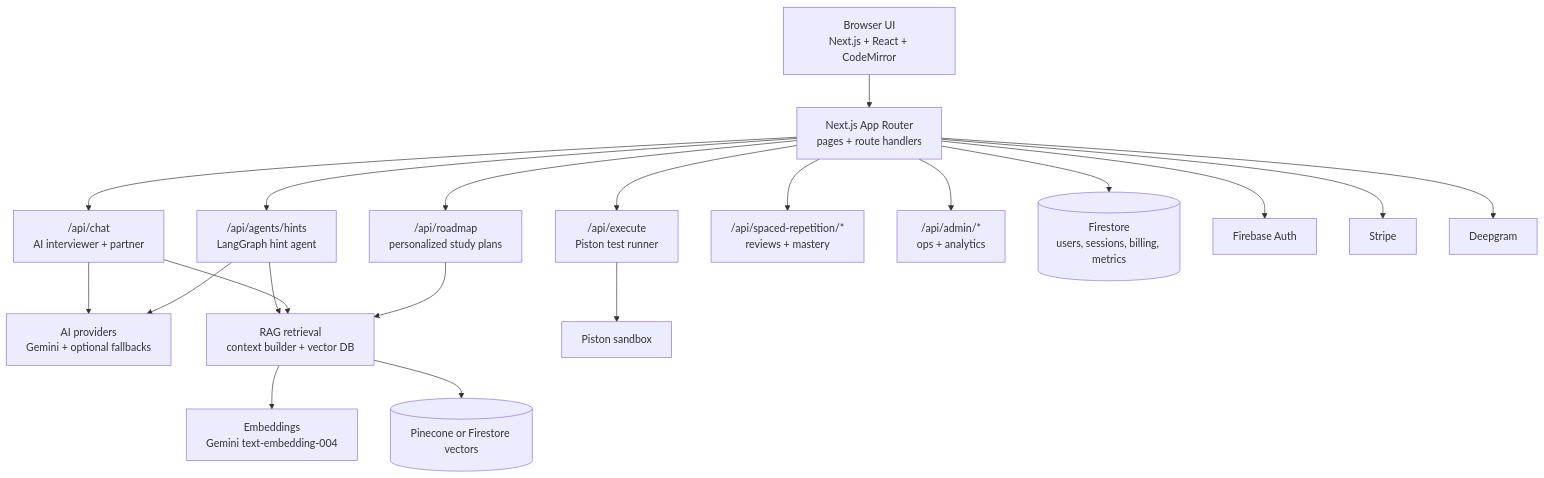
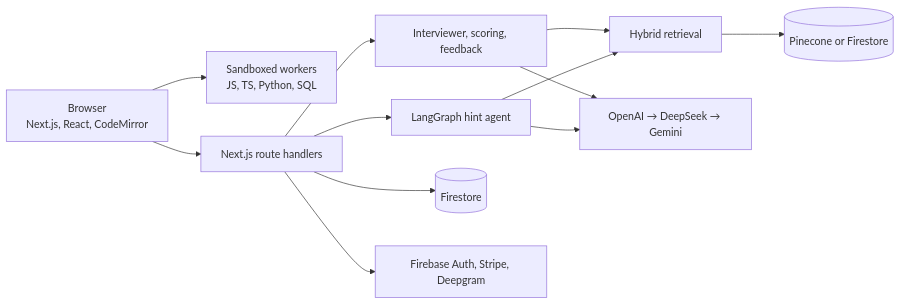
One commit to Nikayel/MockmateWebsite changed the diagram in README.md. Above: the diagram before and after it, drawn with Mermaid. The commit also changed other lines of this file and 1 other file, not shown here.

Commit message:
docs(readme): rewrite around verified architecture and benchmark results

````diff
--- a/README.md
+++ b/README.md
@@ -225,25 +58,14 @@
 ```mermaid
-flowchart TB
-  Browser["Browser UI\nNext.js + React + CodeMirror"] --> App["Next.js App Router\npages + route handlers"]
-
-  App --> Chat["/api/chat\nAI interviewer + partner"]
-  App --> Execute["/api/execute\nPiston test runner"]
-  App --> Hints["/api/agents/hints\nLangGraph hint agent"]
-  App --> Roadmap["/api/roadmap\npersonalized study plans"]
-  App --> SR["/api/spaced-repetition/*\nreviews + mastery"]
-  App --> Admin["/api/admin/*\nops + analytics"]
-
-  Chat --> AI["AI providers\nGemini + optional fallbacks"]
-  Hints --> AI
-  Hints --> RAG["RAG retrieval\ncontext builder + vector DB"]
-  Chat --> RAG
-  Roadmap --> RAG
-
-  RAG --> Embeddings["Embeddings\nGemini text-embedding-004"]
-  RAG --> VectorDB[("Pinecone or Firestore vectors")]
-  App --> Firestore[("Firestore\nusers, sessions, billing, metrics")]
-  App --> Auth["Firebase Auth"]
-  App --> Stripe["Stripe"]
-  App --> Deepgram["Deepgram"]
-  Execute --> Piston["Piston sandbox"]
+flowchart LR
+  Browser["Browser<br/>Next.js, React, CodeMirror"] --> Workers["Sandboxed workers<br/>JS, TS, Python, SQL"]
+  Browser --> API["Next.js route handlers"]
+  API --> Interview["Interviewer, scoring, feedback"]
+  API --> Hints["LangGraph hint agent"]
+  Interview --> RAG["Hybrid retrieval"]
+  Hints --> RAG
+  RAG --> Vectors[("Pinecone or Firestore")]
+  Interview --> Models["OpenAI → DeepSeek → Gemini"]
+  Hints --> Models
+  API --> Firestore[("Firestore")]
+  API --> External["Firebase Auth, Stripe, Deepgram"]
 ```
````
